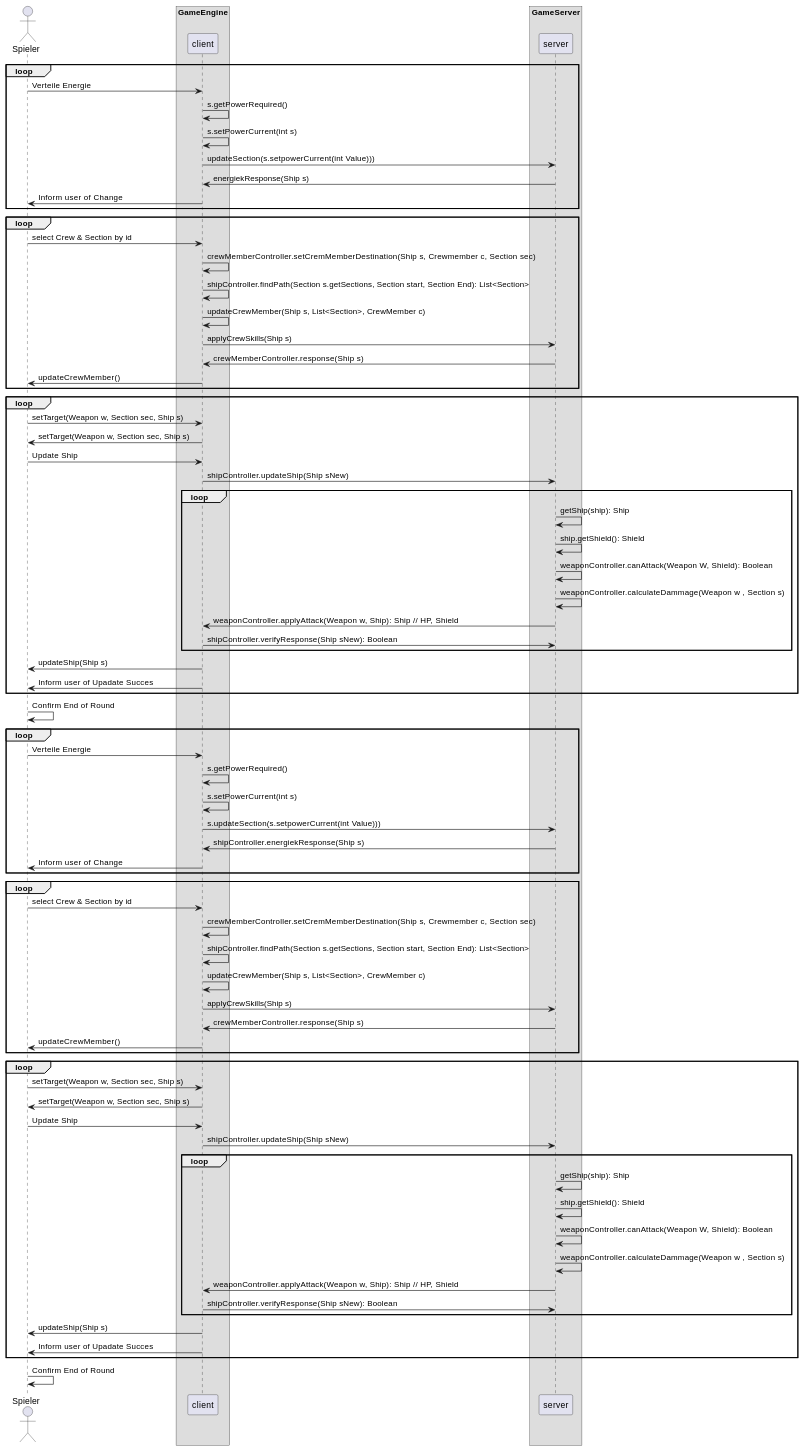
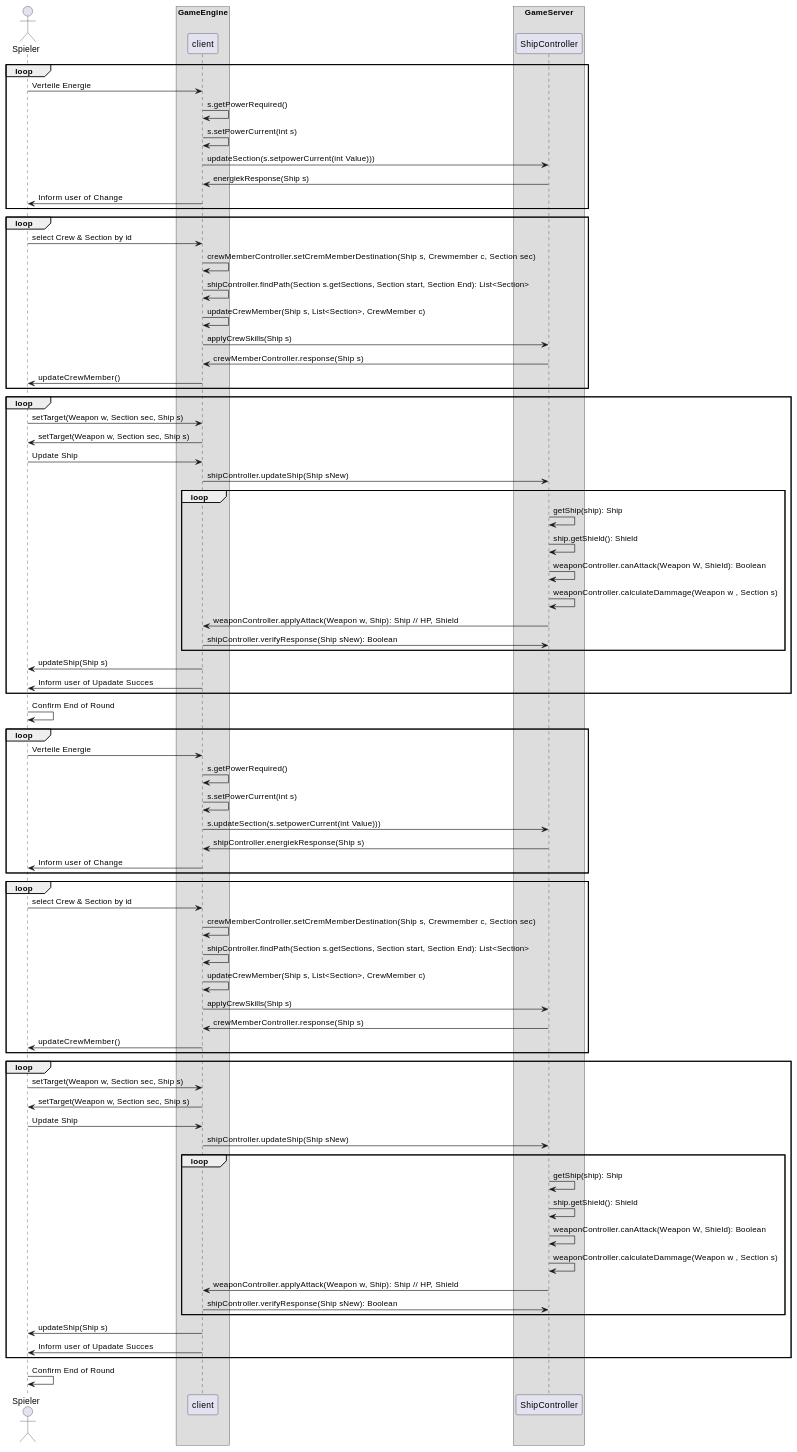
The first of 3 diagrams in docs/seq.org (ksreyr/SpaceStudio), drawn with PlantUML before and after one commit. The commit also changed other lines of this file and 10 other files, not shown here.

```diff
--- a/docs/seq.org
+++ b/docs/seq.org
@@ -4,7 +4,7 @@
 #+BEGIN_SRC plantuml :file kampf.png
 actor Spieler as user
 participant client
-participant server
+participant ShipController as server
 
 box "GameEngine"
   participant client
```
